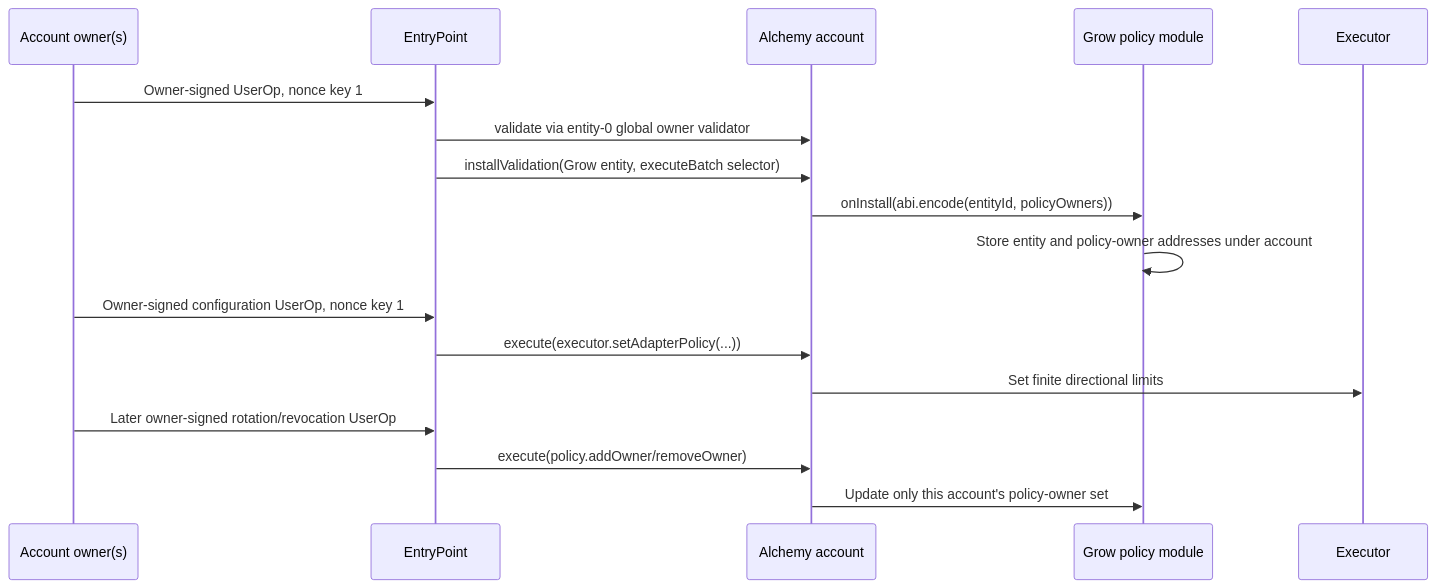
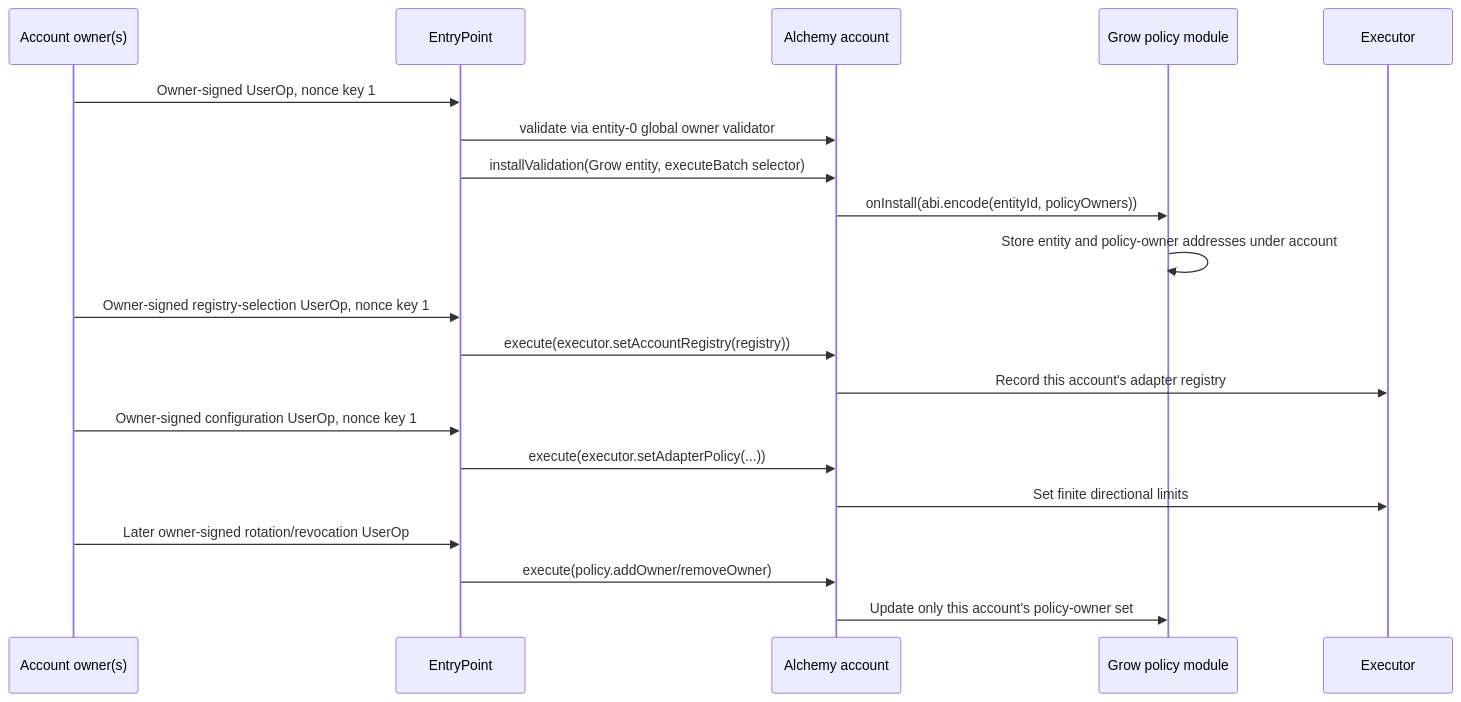
Before and after one commit to getgrowapp/smart-contracts: the third of 4 diagrams in docs/ARCHITECTURE.md, drawn with Mermaid. The commit also changed other lines of this file and 36 other files, not shown here.

````diff
--- a/docs/ARCHITECTURE.md
+++ b/docs/ARCHITECTURE.md
@@ -383,22 +497,26 @@
 ```mermaid
 sequenceDiagram
     participant O as Account owner(s)
     participant EP as EntryPoint
     participant A as Alchemy account
     participant P as Grow policy module
     participant X as Executor
 
     O->>EP: Owner-signed UserOp, nonce key 1
     EP->>A: validate via entity-0 global owner validator
     EP->>A: installValidation(Grow entity, executeBatch selector)
     A->>P: onInstall(abi.encode(entityId, policyOwners))
     P->>P: Store entity and policy-owner addresses under account
 
+    O->>EP: Owner-signed registry-selection UserOp, nonce key 1
+    EP->>A: execute(executor.setAccountRegistry(registry))
+    A->>X: Record this account's adapter registry
+
     O->>EP: Owner-signed configuration UserOp, nonce key 1
     EP->>A: execute(executor.setAdapterPolicy(...))
     A->>X: Set finite directional limits
 
     O->>EP: Later owner-signed rotation/revocation UserOp
     EP->>A: execute(policy.addOwner/removeOwner)
     A->>P: Update only this account's policy-owner set
 ```
````
